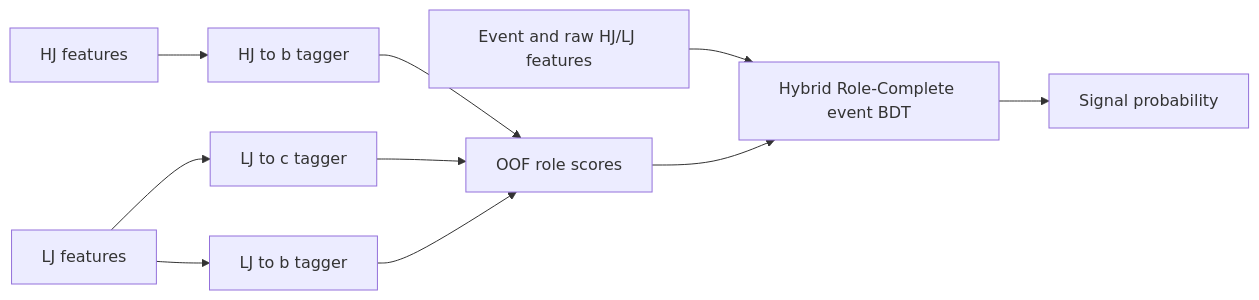
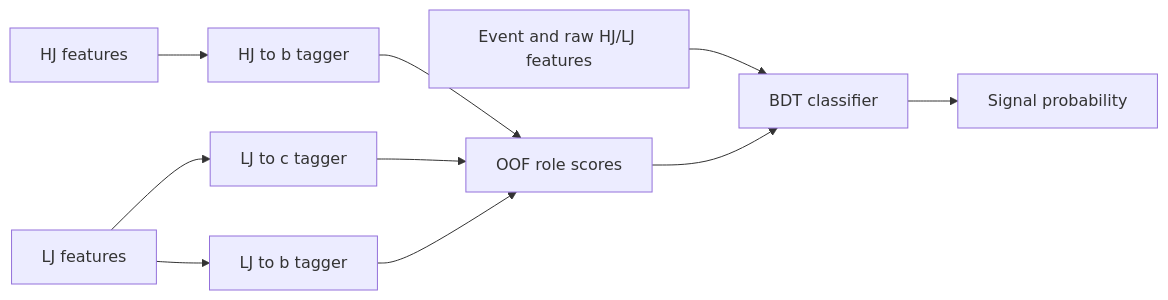
One commit to Leo-ChengXuLiu/Coding-Part-ColliderPheno changed the diagram in BDT/README.md. Above: the diagram before and after it, drawn with Mermaid.

Commit message:
Update BDT classifier description in README

````diff
--- a/BDT/README.md
+++ b/BDT/README.md
@@ -26,12 +26,12 @@
 ```mermaid
 flowchart LR
     HJ[HJ features] --> HB[HJ to b tagger]
     LJ[LJ features] --> LC[LJ to c tagger]
     LJ --> LB[LJ to b tagger]
     HB --> OOF[OOF role scores]
     LC --> OOF
     LB --> OOF
-    RAW[Event and raw HJ/LJ features] --> EVT[Hybrid Role-Complete event BDT]
+    RAW[Event and raw HJ/LJ features] --> EVT[BDT classifier]
     OOF --> EVT
     EVT --> P[Signal probability]
 ```
````
